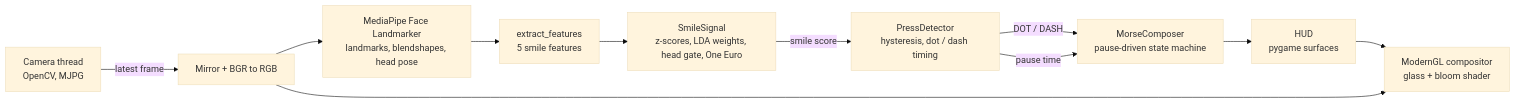
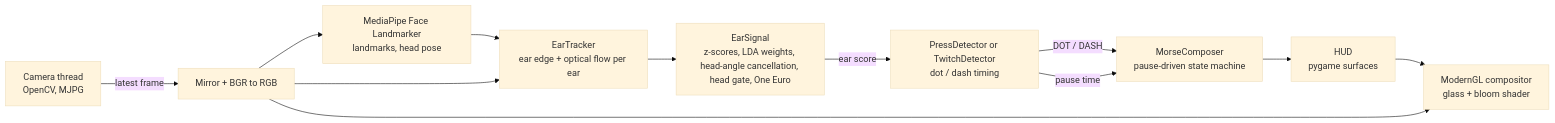
Before and after one commit to trungsyd2409/AI_computer_vision_morse_coding: the diagram in README.md, drawn with Mermaid (base theme). The commit also changed other lines of this file and 10 other files, not shown here.

````diff
--- a/README.md
+++ b/README.md
@@ -169,13 +197,14 @@
 ```mermaid
 flowchart LR
     A[Camera thread<br/>OpenCV, MJPG] -->|latest frame| B[Mirror + BGR to RGB]
-    B --> C[MediaPipe Face Landmarker<br/>landmarks, blendshapes, head pose]
-    C --> E[extract_features<br/>5 smile features]
-    E --> N[SmileSignal<br/>z-scores, LDA weights, head gate, One Euro]
-    N -->|smile score| D[PressDetector<br/>hysteresis, dot / dash timing]
+    B --> C[MediaPipe Face Landmarker<br/>landmarks, head pose]
+    C --> E[EarTracker<br/>ear edge + optical flow per ear]
+    B --> E
+    E --> N[EarSignal<br/>z-scores, LDA weights, head-angle cancellation, head gate, One Euro]
+    N -->|ear score| D[PressDetector or TwitchDetector<br/>dot / dash timing]
     D -->|DOT / DASH| F[MorseComposer<br/>pause-driven state machine]
     D -->|pause time| F
     F --> G[HUD<br/>pygame surfaces]
     G --> H[ModernGL compositor<br/>glass + bloom shader]
     B --> H
 ```
````
